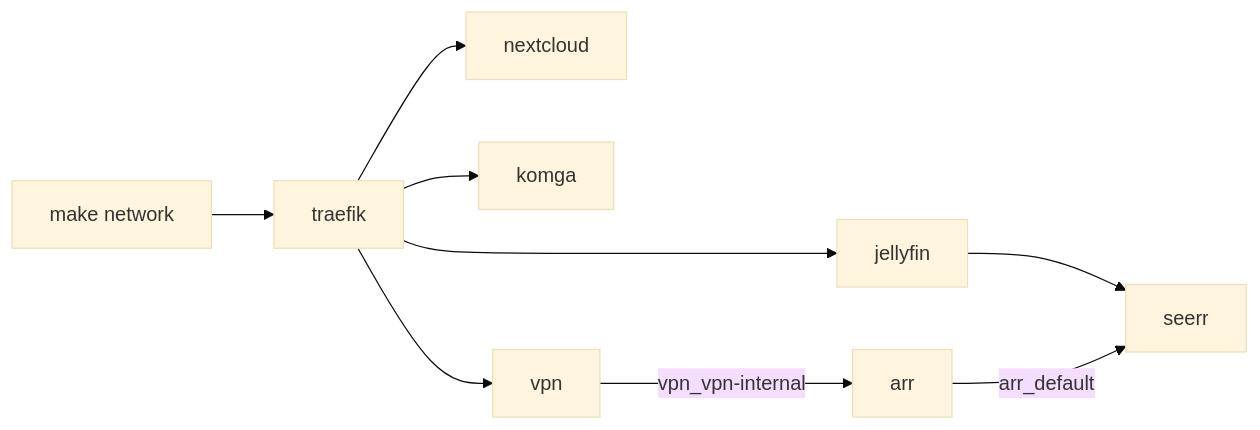
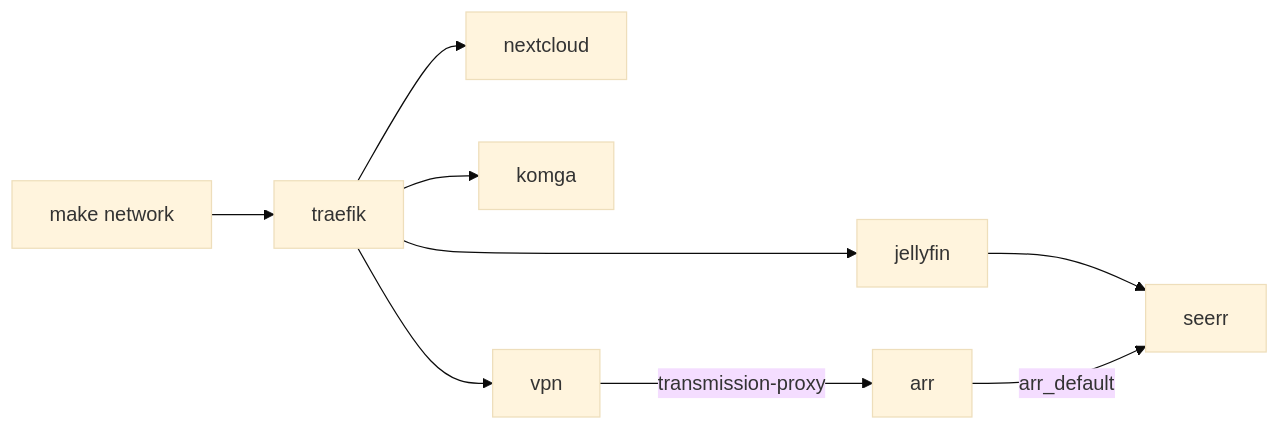
One commit to nattyebola/home-server-services changed the first of 2 diagrams in docs/architecture.md. Above: the diagram before and after it, drawn with Mermaid (base theme). The commit also changed other lines of this file and 20 other files, not shown here.

````diff
--- a/docs/architecture.md
+++ b/docs/architecture.md
@@ -33,8 +33,8 @@
 ```mermaid
 flowchart LR
     net["make network"] --> traefik
     traefik --> jellyfin & nextcloud & komga & vpn
-    vpn -->|"vpn_vpn-internal"| arr
+    vpn -->|"transmission-proxy"| arr
     jellyfin --> seerr
     arr -->|"arr_default"| seerr
 ```
````
